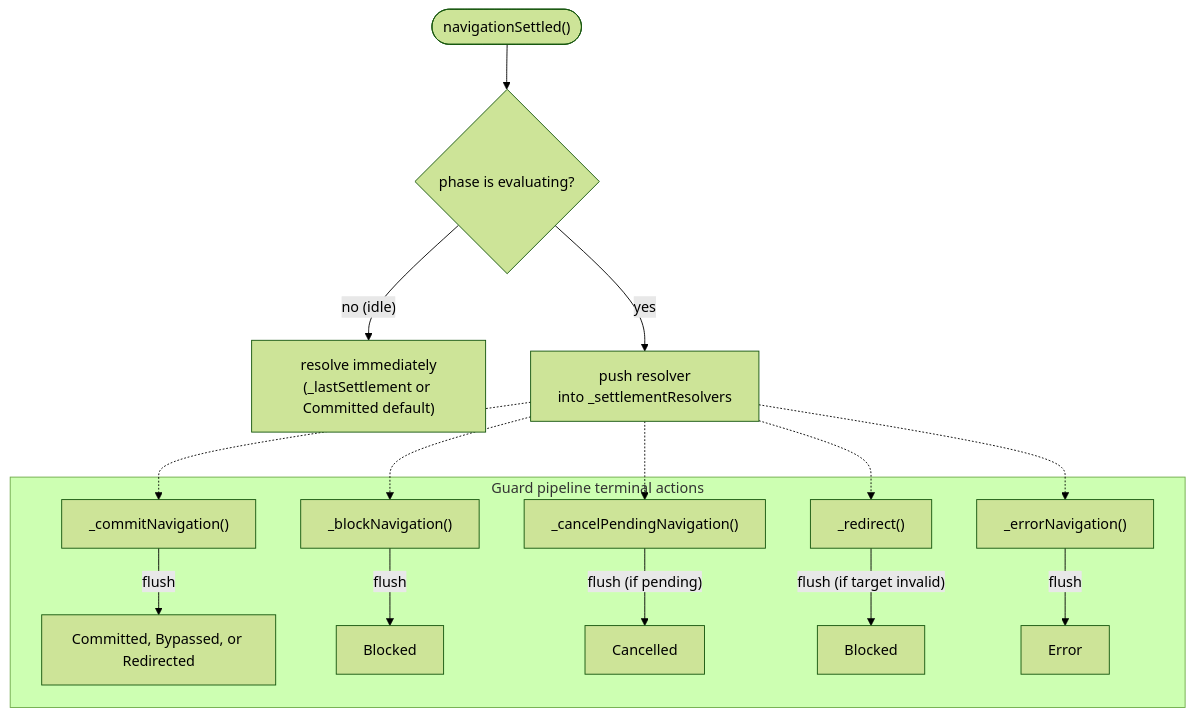
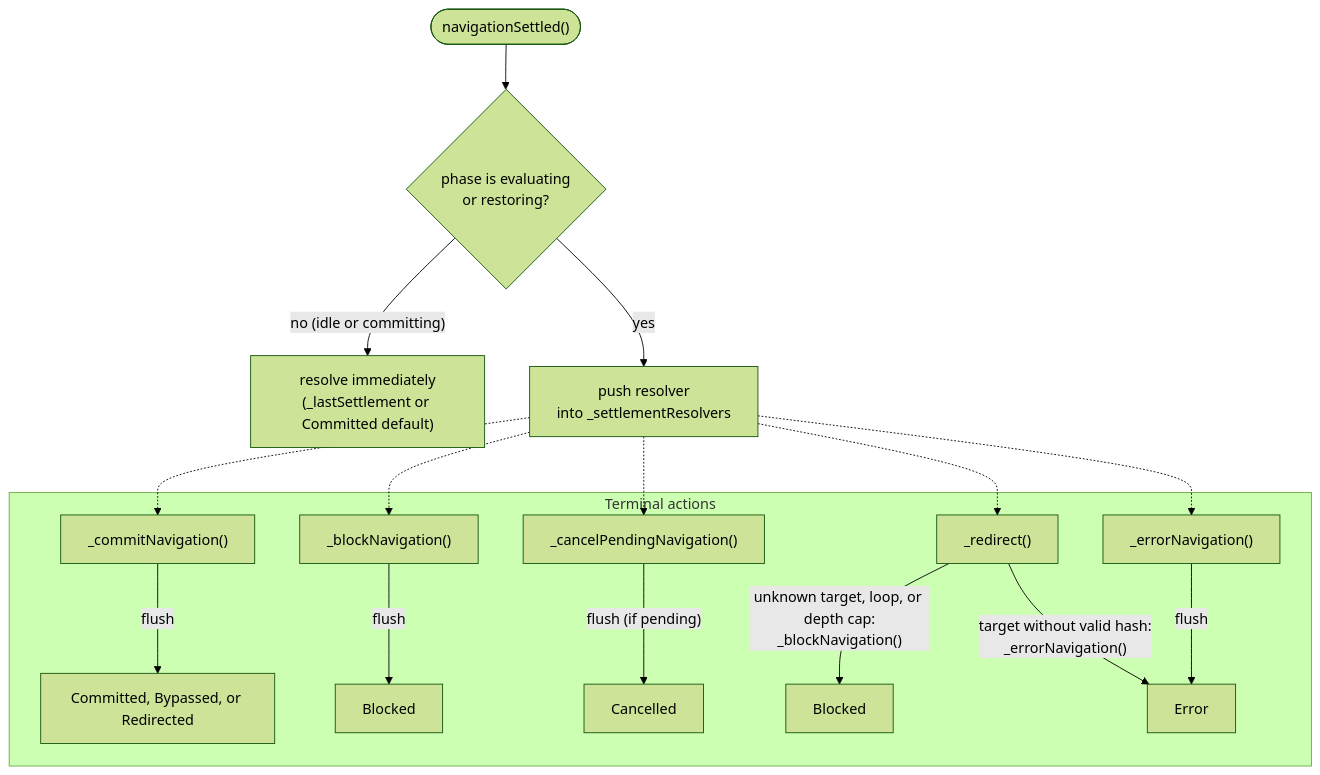
The sixth of 9 diagrams in docs/reference/architecture.md (wridgeu/ui5-lib-guard-router), drawn with Mermaid (forest theme) before and after one commit. The commit also changed other lines of this file and 259 other files, not shown here.

First line of the commit message:
feat(router): owner component for guards; harden navigation and guard loading (#70)

````diff
--- a/docs/reference/architecture.md
+++ b/docs/reference/architecture.md
@@ -366,20 +730,21 @@
 ```mermaid
 flowchart TD
-    call(["navigationSettled()"]) --> pending{phase is evaluating?}
-    pending -- "no (idle)" --> immediate["resolve immediately<br/>(_lastSettlement or Committed default)"]
+    call(["navigationSettled()"]) --> pending{phase is evaluating<br/>or restoring?}
+    pending -- "no (idle or committing)" --> immediate["resolve immediately<br/>(_lastSettlement or Committed default)"]
     pending -- "yes" --> push["push resolver<br/>into _settlementResolvers"]
 
-    subgraph "Guard pipeline terminal actions"
+    subgraph "Terminal actions"
         commit["_commitNavigation()"] -- "flush" --> fcommit["Committed, Bypassed, or Redirected"]
         block["_blockNavigation()"] -- "flush" --> fblock["Blocked"]
         cancel["_cancelPendingNavigation()"] -- "flush (if pending)" --> fcancel["Cancelled"]
-        redirect["_redirect()"] -- "flush (if target invalid)" --> fredirect["Blocked"]
+        redirect["_redirect()"] -- "unknown target, loop, or depth cap:<br/>_blockNavigation()" --> fredirect["Blocked"]
         errornav["_errorNavigation()"] -- "flush" --> ferror["Error"]
+        redirect -- "target without valid hash:<br/>_errorNavigation()" --> ferror
     end
 
     push -.-> commit
     push -.-> block
     push -.-> cancel
     push -.-> redirect
     push -.-> errornav
 ```
````
